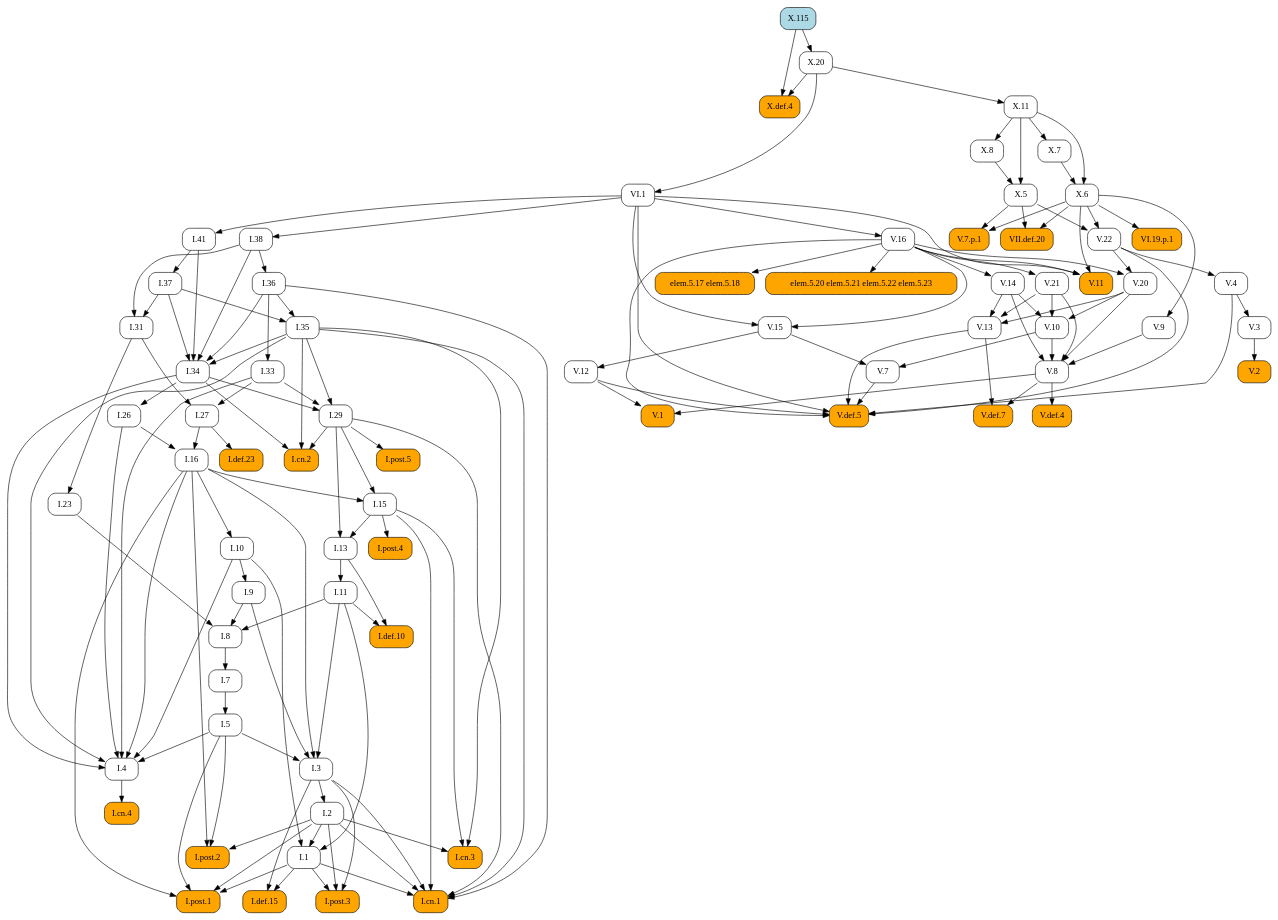
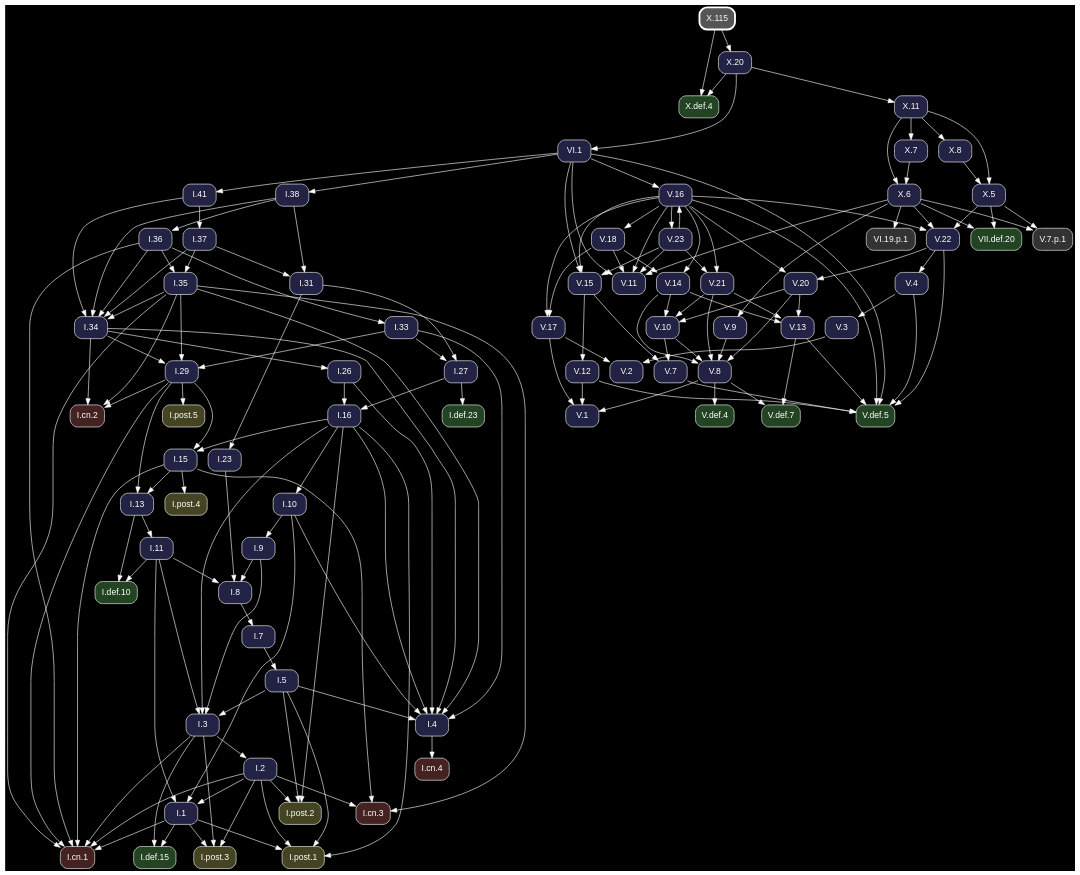
One commit to geometor/elements changed the diagram in docsrc/heath/X/115/index.rst. Above: the diagram before and after it, drawn with Graphviz. The commit also changed other lines of this file and 1200 other files, not shown here.

Commit message:
update dependency graphs

```diff
--- a/docsrc/heath/X/115/index.rst
+++ b/docsrc/heath/X/115/index.rst
@@ -37,134 +37,190 @@
 .. graphviz::
 
    digraph {
+     bgcolor="black";
+     node [shape=box, style="rounded,filled", fontname="Helvetica", color="white", fontcolor="white"];
+     edge [color="white", fontcolor="white"];
      rankdir="TB";
-     node [shape=box, style=rounded];
-     "I.23" [URL="/heath/I/23/", target="_top"];
-     "I.9" [URL="/heath/I/9/", target="_top"];
-     "I.def.15" [style="rounded,filled", fillcolor=orange, URL="/heath/I/def.15/", target="_top"];
-     "V.13" [URL="/heath/V/13/", target="_top"];
-     "V.7" [URL="/heath/V/7/", target="_top"];
-     "elem.5.17 elem.5.18" [style="rounded,filled", fillcolor=orange];
-     "V.7.p.1" [style="rounded,filled", fillcolor=orange];
-     "I.post.1" [style="rounded,filled", fillcolor=orange, URL="/heath/I/post.1/", target="_top"];
-     "V.14" [URL="/heath/V/14/", target="_top"];
-     "X.6" [URL="/heath/X/6/", target="_top"];
-     "V.9" [URL="/heath/V/9/", target="_top"];
-     "I.31" [URL="/heath/I/31/", target="_top"];
-     "V.10" [URL="/heath/V/10/", target="_top"];
-     "I.def.10" [style="rounded,filled", fillcolor=orange, URL="/heath/I/def.10/", target="_top"];
-     "V.4" [URL="/heath/V/4/", target="_top"];
-     "X.def.4" [style="rounded,filled", fillcolor=orange, URL="/heath/X/def.4/", target="_top"];
-     "VI.1" [URL="/heath/VI/1/", target="_top"];
-     "V.11" [style="rounded,filled", fillcolor=orange, URL="/heath/V/11/", target="_top"];
-     "X.20" [URL="/heath/X/20/", target="_top"];
-     "I.34" [URL="/heath/I/34/", target="_top"];
-     "VII.def.20" [style="rounded,filled", fillcolor=orange, URL="/heath/VII/def.20/", target="_top"];
-     "I.3" [URL="/heath/I/3/", target="_top"];
-     "V.def.4" [style="rounded,filled", fillcolor=orange, URL="/heath/V/def.4/", target="_top"];
-     "V.def.7" [style="rounded,filled", fillcolor=orange, URL="/heath/V/def.7/", target="_top"];
-     "V.21" [URL="/heath/V/21/", target="_top"];
-     "I.2" [URL="/heath/I/2/", target="_top"];
-     "V.3" [URL="/heath/V/3/", target="_top"];
-     "I.13" [URL="/heath/I/13/", target="_top"];
-     "I.post.4" [style="rounded,filled", fillcolor=orange, URL="/heath/I/post.4/", target="_top"];
-     "I.4" [URL="/heath/I/4/", target="_top"];
-     "I.1" [URL="/heath/I/1/", target="_top"];
-     "I.8" [URL="/heath/I/8/", target="_top"];
-     "I.29" [URL="/heath/I/29/", target="_top"];
-     "I.38" [URL="/heath/I/38/", target="_top"];
-     "V.8" [URL="/heath/V/8/", target="_top"];
-     "I.15" [URL="/heath/I/15/", target="_top"];
-     "I.10" [URL="/heath/I/10/", target="_top"];
-     "I.11" [URL="/heath/I/11/", target="_top"];
-     "I.def.23" [style="rounded,filled", fillcolor=orange, URL="/heath/I/def.23/", target="_top"];
-     "I.26" [URL="/heath/I/26/", target="_top"];
-     "V.16" [URL="/heath/V/16/", target="_top"];
-     "I.33" [URL="/heath/I/33/", target="_top"];
-     "X.11" [URL="/heath/X/11/", target="_top"];
-     "X.8" [URL="/heath/X/8/", target="_top"];
-     "I.post.3" [style="rounded,filled", fillcolor=orange, URL="/heath/I/post.3/", target="_top"];
-     "V.def.5" [style="rounded,filled", fillcolor=orange, URL="/heath/V/def.5/", target="_top"];
-     "X.115" [style="rounded,filled", fillcolor=lightblue, URL="/heath/X/115/", target="_top"];
-     "V.20" [URL="/heath/V/20/", target="_top"];
-     "I.27" [URL="/heath/I/27/", target="_top"];
-     "V.12" [URL="/heath/V/12/", target="_top"];
-     "I.35" [URL="/heath/I/35/", target="_top"];
-     "I.cn.1" [style="rounded,filled", fillcolor=orange, URL="/heath/I/cn.1/", target="_top"];
-     "V.2" [style="rounded,filled", fillcolor=orange, URL="/heath/V/2/", target="_top"];
-     "I.7" [URL="/heath/I/7/", target="_top"];
-     "I.36" [URL="/heath/I/36/", target="_top"];
-     "X.5" [URL="/heath/X/5/", target="_top"];
-     "I.5" [URL="/heath/I/5/", target="_top"];
-     "I.37" [URL="/heath/I/37/", target="_top"];
-     "VI.19.p.1" [style="rounded,filled", fillcolor=orange];
-     "I.cn.3" [style="rounded,filled", fillcolor=orange, URL="/heath/I/cn.3/", target="_top"];
-     "I.16" [URL="/heath/I/16/", target="_top"];
-     "X.7" [URL="/heath/X/7/", target="_top"];
-     "V.22" [URL="/heath/V/22/", target="_top"];
-     "V.1" [style="rounded,filled", fillcolor=orange, URL="/heath/V/1/", target="_top"];
-     "I.cn.2" [style="rounded,filled", fillcolor=orange, URL="/heath/I/cn.2/", target="_top"];
-     "I.post.5" [style="rounded,filled", fillcolor=orange, URL="/heath/I/post.5/", target="_top"];
-     "I.cn.4" [style="rounded,filled", fillcolor=orange, URL="/heath/I/cn.4/", target="_top"];
-     "I.41" [URL="/heath/I/41/", target="_top"];
-     "V.15" [URL="/heath/V/15/", target="_top"];
-     "I.post.2" [style="rounded,filled", fillcolor=orange, URL="/heath/I/post.2/", target="_top"];
-     "elem.5.20 elem.5.21 elem.5.22 elem.5.23" [style="rounded,filled", fillcolor=orange];
-     "I.31" -> "I.23";
-     "I.10" -> "I.9";
-     "I.1" -> "I.def.15";
-     "I.3" -> "I.def.15";
+     "V.15" [fillcolor="#222244", URL="/heath/V/15/", target="_top"];
+     "X.6" [fillcolor="#222244", URL="/heath/X/6/", target="_top"];
+     "I.cn.1" [fillcolor="#442222", URL="/heath/I/cn.1/", target="_top"];
+     "V.18" [fillcolor="#222244", URL="/heath/V/18/", target="_top"];
+     "V.14" [fillcolor="#222244", URL="/heath/V/14/", target="_top"];
+     "I.27" [fillcolor="#222244", URL="/heath/I/27/", target="_top"];
+     "V.23" [fillcolor="#222244", URL="/heath/V/23/", target="_top"];
+     "I.2" [fillcolor="#222244", URL="/heath/I/2/", target="_top"];
+     "I.41" [fillcolor="#222244", URL="/heath/I/41/", target="_top"];
+     "I.post.4" [fillcolor="#444422", URL="/heath/I/post.4/", target="_top"];
+     "I.26" [fillcolor="#222244", URL="/heath/I/26/", target="_top"];
+     "I.8" [fillcolor="#222244", URL="/heath/I/8/", target="_top"];
+     "V.4" [fillcolor="#222244", URL="/heath/V/4/", target="_top"];
+     "V.16" [fillcolor="#222244", URL="/heath/V/16/", target="_top"];
+     "I.7" [fillcolor="#222244", URL="/heath/I/7/", target="_top"];
+     "I.5" [fillcolor="#222244", URL="/heath/I/5/", target="_top"];
+     "V.11" [fillcolor="#222244", URL="/heath/V/11/", target="_top"];
+     "V.def.4" [fillcolor="#224422", URL="/heath/V/def.4/", target="_top"];
+     "V.20" [fillcolor="#222244", URL="/heath/V/20/", target="_top"];
+     "X.5" [fillcolor="#222244", URL="/heath/X/5/", target="_top"];
+     "I.11" [fillcolor="#222244", URL="/heath/I/11/", target="_top"];
+     "I.37" [fillcolor="#222244", URL="/heath/I/37/", target="_top"];
+     "I.cn.3" [fillcolor="#442222", URL="/heath/I/cn.3/", target="_top"];
+     "I.36" [fillcolor="#222244", URL="/heath/I/36/", target="_top"];
+     "I.38" [fillcolor="#222244", URL="/heath/I/38/", target="_top"];
+     "I.post.2" [fillcolor="#444422", URL="/heath/I/post.2/", target="_top"];
+     "I.def.23" [fillcolor="#224422", URL="/heath/I/def.23/", target="_top"];
+     "X.8" [fillcolor="#222244", URL="/heath/X/8/", target="_top"];
+     "I.35" [fillcolor="#222244", URL="/heath/I/35/", target="_top"];
+     "I.post.3" [fillcolor="#444422", URL="/heath/I/post.3/", target="_top"];
+     "V.13" [fillcolor="#222244", URL="/heath/V/13/", target="_top"];
+     "I.33" [fillcolor="#222244", URL="/heath/I/33/", target="_top"];
+     "V.8" [fillcolor="#222244", URL="/heath/V/8/", target="_top"];
+     "V.10" [fillcolor="#222244", URL="/heath/V/10/", target="_top"];
+     "V.def.5" [fillcolor="#224422", URL="/heath/V/def.5/", target="_top"];
+     "V.22" [fillcolor="#222244", URL="/heath/V/22/", target="_top"];
+     "I.31" [fillcolor="#222244", URL="/heath/I/31/", target="_top"];
+     "I.3" [fillcolor="#222244", URL="/heath/I/3/", target="_top"];
+     "V.12" [fillcolor="#222244", URL="/heath/V/12/", target="_top"];
+     "I.def.10" [fillcolor="#224422", URL="/heath/I/def.10/", target="_top"];
+     "I.15" [fillcolor="#222244", URL="/heath/I/15/", target="_top"];
+     "VII.def.20" [fillcolor="#224422", URL="/heath/VII/def.20/", target="_top"];
+     "X.11" [fillcolor="#222244", URL="/heath/X/11/", target="_top"];
+     "I.13" [fillcolor="#222244", URL="/heath/I/13/", target="_top"];
+     "X.7" [fillcolor="#222244", URL="/heath/X/7/", target="_top"];
+     "X.def.4" [fillcolor="#224422", URL="/heath/X/def.4/", target="_top"];
+     "I.cn.2" [fillcolor="#442222", URL="/heath/I/cn.2/", target="_top"];
+     "I.9" [fillcolor="#222244", URL="/heath/I/9/", target="_top"];
+     "VI.19.p.1" [fillcolor="#333333"];
+     "I.1" [fillcolor="#222244", URL="/heath/I/1/", target="_top"];
+     "I.post.5" [fillcolor="#444422", URL="/heath/I/post.5/", target="_top"];
+     "I.23" [fillcolor="#222244", URL="/heath/I/23/", target="_top"];
+     "I.4" [fillcolor="#222244", URL="/heath/I/4/", target="_top"];
+     "V.7" [fillcolor="#222244", URL="/heath/V/7/", target="_top"];
+     "X.115" [penwidth=3, color="white", fillcolor="#555555", URL="/heath/X/115/", target="_top"];
+     "V.9" [fillcolor="#222244", URL="/heath/V/9/", target="_top"];
+     "VI.1" [fillcolor="#222244", URL="/heath/VI/1/", target="_top"];
+     "I.10" [fillcolor="#222244", URL="/heath/I/10/", target="_top"];
+     "V.def.7" [fillcolor="#224422", URL="/heath/V/def.7/", target="_top"];
+     "I.post.1" [fillcolor="#444422", URL="/heath/I/post.1/", target="_top"];
+     "X.20" [fillcolor="#222244", URL="/heath/X/20/", target="_top"];
+     "I.16" [fillcolor="#222244", URL="/heath/I/16/", target="_top"];
+     "I.29" [fillcolor="#222244", URL="/heath/I/29/", target="_top"];
+     "I.cn.4" [fillcolor="#442222", URL="/heath/I/cn.4/", target="_top"];
+     "V.2" [fillcolor="#222244", URL="/heath/V/2/", target="_top"];
+     "V.1" [fillcolor="#222244", URL="/heath/V/1/", target="_top"];
+     "V.21" [fillcolor="#222244", URL="/heath/V/21/", target="_top"];
+     "V.7.p.1" [fillcolor="#333333"];
+     "I.34" [fillcolor="#222244", URL="/heath/I/34/", target="_top"];
+     "I.def.15" [fillcolor="#224422", URL="/heath/I/def.15/", target="_top"];
+     "V.3" [fillcolor="#222244", URL="/heath/V/3/", target="_top"];
+     "V.17" [fillcolor="#222244", URL="/heath/V/17/", target="_top"];
+     "V.16" -> "V.15";
+     "V.23" -> "V.15";
+     "VI.1" -> "V.15";
+     "X.7" -> "X.6";
+     "X.11" -> "X.6";
+     "I.1" -> "I.cn.1";
+     "I.2" -> "I.cn.1";
+     "I.3" -> "I.cn.1";
+     "I.15" -> "I.cn.1";
+     "I.29" -> "I.cn.1";
+     "I.35" -> "I.cn.1";
+     "I.36" -> "I.cn.1";
+     "V.16" -> "V.18";
+     "V.16" -> "V.14";
+     "V.18" -> "V.14";
+     "I.31" -> "I.27";
+     "I.33" -> "I.27";
+     "V.16" -> "V.23";
+     "I.3" -> "I.2";
+     "VI.1" -> "I.41";
+     "I.15" -> "I.post.4";
+     "I.34" -> "I.26";
+     "I.9" -> "I.8";
+     "I.11" -> "I.8";
+     "I.23" -> "I.8";
+     "V.22" -> "V.4";
+     "V.23" -> "V.16";
+     "VI.1" -> "V.16";
+     "I.8" -> "I.7";
+     "I.7" -> "I.5";
+     "V.16" -> "V.11";
+     "V.18" -> "V.11";
+     "V.23" -> "V.11";
+     "VI.1" -> "V.11";
+     "X.6" -> "V.11";
+     "V.8" -> "V.def.4";
+     "V.16" -> "V.20";
+     "V.22" -> "V.20";
+     "X.8" -> "X.5";
+     "X.11" -> "X.5";
+     "I.13" -> "I.11";
+     "I.41" -> "I.37";
+     "I.2" -> "I.cn.3";
+     "I.15" -> "I.cn.3";
+     "I.35" -> "I.cn.3";
+     "I.38" -> "I.36";
+     "VI.1" -> "I.38";
+     "I.2" -> "I.post.2";
+     "I.5" -> "I.post.2";
+     "I.16" -> "I.post.2";
+     "I.27" -> "I.def.23";
+     "X.11" -> "X.8";
+     "I.36" -> "I.35";
+     "I.37" -> "I.35";
+     "I.1" -> "I.post.3";
+     "I.2" -> "I.post.3";
+     "I.3" -> "I.post.3";
      "V.14" -> "V.13";
      "V.20" -> "V.13";
      "V.21" -> "V.13";
-     "V.10" -> "V.7";
-     "V.15" -> "V.7";
-     "V.16" -> "elem.5.17 elem.5.18";
-     "X.5" -> "V.7.p.1";
-     "X.6" -> "V.7.p.1";
-     "I.1" -> "I.post.1";
-     "I.2" -> "I.post.1";
-     "I.5" -> "I.post.1";
-     "I.16" -> "I.post.1";
-     "V.16" -> "V.14";
-     "X.7" -> "X.6";
-     "X.11" -> "X.6";
-     "X.6" -> "V.9";
-     "I.37" -> "I.31";
-     "I.38" -> "I.31";
+     "I.36" -> "I.33";
+     "V.9" -> "V.8";
+     "V.10" -> "V.8";
+     "V.14" -> "V.8";
+     "V.20" -> "V.8";
+     "V.21" -> "V.8";
      "V.14" -> "V.10";
      "V.20" -> "V.10";
      "V.21" -> "V.10";
-     "I.11" -> "I.def.10";
-     "I.13" -> "I.def.10";
-     "V.22" -> "V.4";
-     "X.20" -> "X.def.4";
-     "X.115" -> "X.def.4";
-     "X.20" -> "VI.1";
-     "V.16" -> "V.11";
-     "VI.1" -> "V.11";
-     "X.6" -> "V.11";
-     "X.115" -> "X.20";
-     "I.35" -> "I.34";
-     "I.36" -> "I.34";
-     "I.37" -> "I.34";
-     "I.38" -> "I.34";
-     "I.41" -> "I.34";
-     "X.5" -> "VII.def.20";
-     "X.6" -> "VII.def.20";
+     "V.4" -> "V.def.5";
+     "V.7" -> "V.def.5";
+     "V.12" -> "V.def.5";
+     "V.13" -> "V.def.5";
+     "V.16" -> "V.def.5";
+     "V.22" -> "V.def.5";
+     "VI.1" -> "V.def.5";
+     "V.16" -> "V.22";
+     "X.5" -> "V.22";
+     "X.6" -> "V.22";
+     "I.37" -> "I.31";
+     "I.38" -> "I.31";
      "I.5" -> "I.3";
      "I.9" -> "I.3";
      "I.11" -> "I.3";
      "I.16" -> "I.3";
-     "V.8" -> "V.def.4";
-     "V.8" -> "V.def.7";
-     "V.13" -> "V.def.7";
-     "V.16" -> "V.21";
-     "I.3" -> "I.2";
-     "V.4" -> "V.3";
+     "V.15" -> "V.12";
+     "I.11" -> "I.def.10";
+     "I.13" -> "I.def.10";
+     "I.16" -> "I.15";
+     "I.29" -> "I.15";
+     "X.5" -> "VII.def.20";
+     "X.6" -> "VII.def.20";
+     "X.20" -> "X.11";
      "I.15" -> "I.13";
      "I.29" -> "I.13";
-     "I.15" -> "I.post.4";
+     "X.11" -> "X.7";
+     "X.20" -> "X.def.4";
+     "X.115" -> "X.def.4";
+     "I.29" -> "I.cn.2";
+     "I.34" -> "I.cn.2";
+     "I.35" -> "I.cn.2";
+     "I.10" -> "I.9";
+     "X.6" -> "VI.19.p.1";
+     "I.2" -> "I.1";
+     "I.10" -> "I.1";
+     "I.11" -> "I.1";
+     "I.29" -> "I.post.5";
+     "I.31" -> "I.23";
      "I.5" -> "I.4";
      "I.10" -> "I.4";
      "I.16" -> "I.4";
@@ -172,83 +228,41 @@
      "I.33" -> "I.4";
      "I.34" -> "I.4";
      "I.35" -> "I.4";
-     "I.2" -> "I.1";
-     "I.10" -> "I.1";
-     "I.11" -> "I.1";
-     "I.9" -> "I.8";
-     "I.11" -> "I.8";
-     "I.23" -> "I.8";
+     "V.10" -> "V.7";
+     "V.15" -> "V.7";
+     "X.6" -> "V.9";
+     "X.20" -> "VI.1";
+     "I.16" -> "I.10";
+     "V.8" -> "V.def.7";
+     "V.13" -> "V.def.7";
+     "I.1" -> "I.post.1";
+     "I.2" -> "I.post.1";
+     "I.5" -> "I.post.1";
+     "I.16" -> "I.post.1";
+     "X.115" -> "X.20";
+     "I.26" -> "I.16";
+     "I.27" -> "I.16";
      "I.33" -> "I.29";
      "I.34" -> "I.29";
      "I.35" -> "I.29";
-     "VI.1" -> "I.38";
-     "V.9" -> "V.8";
-     "V.10" -> "V.8";
-     "V.14" -> "V.8";
-     "V.20" -> "V.8";
-     "V.21" -> "V.8";
-     "I.16" -> "I.15";
-     "I.29" -> "I.15";
-     "I.16" -> "I.10";
-     "I.13" -> "I.11";
-     "I.27" -> "I.def.23";
-     "I.34" -> "I.26";
-     "VI.1" -> "V.16";
-     "I.36" -> "I.33";
-     "X.20" -> "X.11";
-     "X.11" -> "X.8";
-     "I.1" -> "I.post.3";
-     "I.2" -> "I.post.3";
-     "I.3" -> "I.post.3";
-     "V.4" -> "V.def.5";
-     "V.7" -> "V.def.5";
-     "V.12" -> "V.def.5";
-     "V.13" -> "V.def.5";
-     "V.16" -> "V.def.5";
-     "V.22" -> "V.def.5";
-     "VI.1" -> "V.def.5";
-     "V.16" -> "V.20";
-     "V.22" -> "V.20";
-     "I.31" -> "I.27";
-     "I.33" -> "I.27";
-     "V.15" -> "V.12";
-     "I.36" -> "I.35";
-     "I.37" -> "I.35";
-     "I.1" -> "I.cn.1";
-     "I.2" -> "I.cn.1";
-     "I.3" -> "I.cn.1";
-     "I.15" -> "I.cn.1";
-     "I.29" -> "I.cn.1";
-     "I.35" -> "I.cn.1";
-     "I.36" -> "I.cn.1";
+     "I.4" -> "I.cn.4";
      "V.3" -> "V.2";
-     "I.8" -> "I.7";
-     "I.38" -> "I.36";
-     "X.8" -> "X.5";
-     "X.11" -> "X.5";
-     "I.7" -> "I.5";
-     "I.41" -> "I.37";
-     "X.6" -> "VI.19.p.1";
-     "I.2" -> "I.cn.3";
-     "I.15" -> "I.cn.3";
-     "I.35" -> "I.cn.3";
-     "I.26" -> "I.16";
-     "I.27" -> "I.16";
-     "X.11" -> "X.7";
-     "X.5" -> "V.22";
-     "X.6" -> "V.22";
+     "V.17" -> "V.2";
      "V.8" -> "V.1";
      "V.12" -> "V.1";
-     "I.29" -> "I.cn.2";
-     "I.34" -> "I.cn.2";
-     "I.35" -> "I.cn.2";
-     "I.29" -> "I.post.5";
-     "I.4" -> "I.cn.4";
-     "VI.1" -> "I.41";
-     "V.16" -> "V.15";
-     "VI.1" -> "V.15";
-     "I.2" -> "I.post.2";
-     "I.5" -> "I.post.2";
-     "I.16" -> "I.post.2";
-     "V.16" -> "elem.5.20 elem.5.21 elem.5.22 elem.5.23";
+     "V.17" -> "V.1";
+     "V.16" -> "V.21";
+     "V.23" -> "V.21";
+     "X.5" -> "V.7.p.1";
+     "X.6" -> "V.7.p.1";
+     "I.35" -> "I.34";
+     "I.36" -> "I.34";
+     "I.37" -> "I.34";
+     "I.38" -> "I.34";
+     "I.41" -> "I.34";
+     "I.1" -> "I.def.15";
+     "I.3" -> "I.def.15";
+     "V.4" -> "V.3";
+     "V.16" -> "V.17";
+     "V.18" -> "V.17";
    }
```
